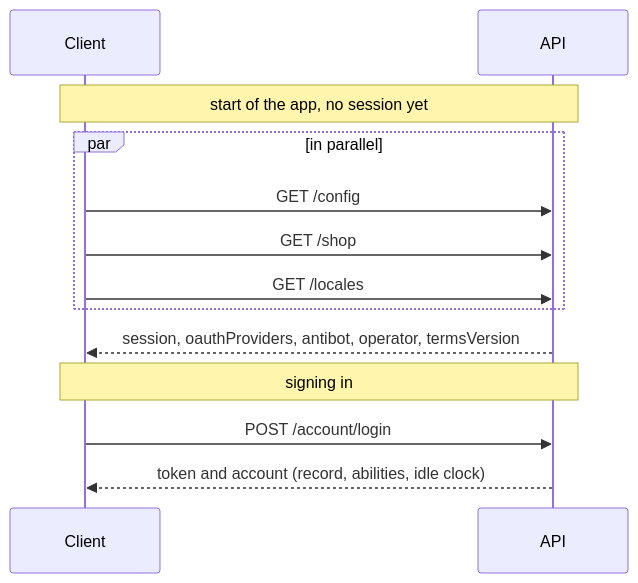
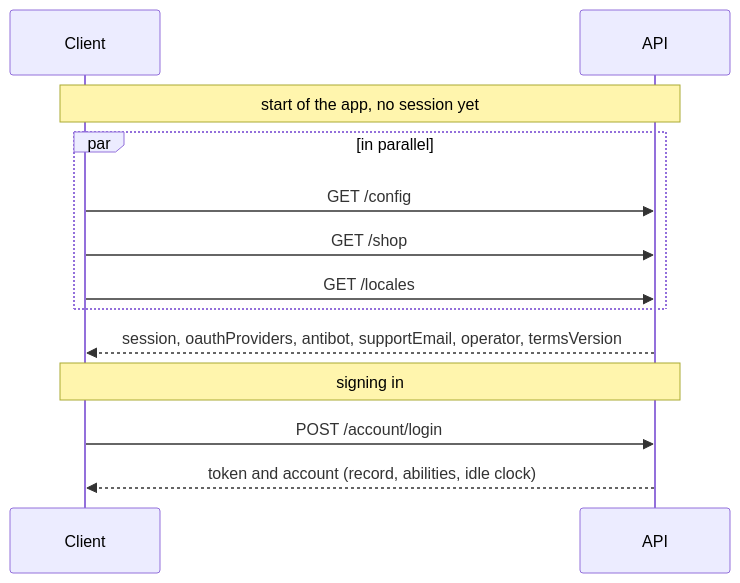
Before and after one commit to Guebbit/boilerplate-node-backend: the diagram in docs/api/config.md, drawn with Mermaid. The commit also changed other lines of this file and 34 other files, not shown here.

````diff
--- a/docs/api/config.md
+++ b/docs/api/config.md
@@ -25,15 +26,15 @@
 ```mermaid
 sequenceDiagram
     participant C as Client
     participant A as API
     Note over C,A: start of the app, no session yet
     par in parallel
         C->>A: GET /config
         C->>A: GET /shop
         C->>A: GET /locales
     end
-    A-->>C: session, oauthProviders, antibot, operator, termsVersion
+    A-->>C: session, oauthProviders, antibot, supportEmail, operator, termsVersion
     Note over C,A: signing in
     C->>A: POST /account/login
     A-->>C: token and account (record, abilities, idle clock)
 ```
````
